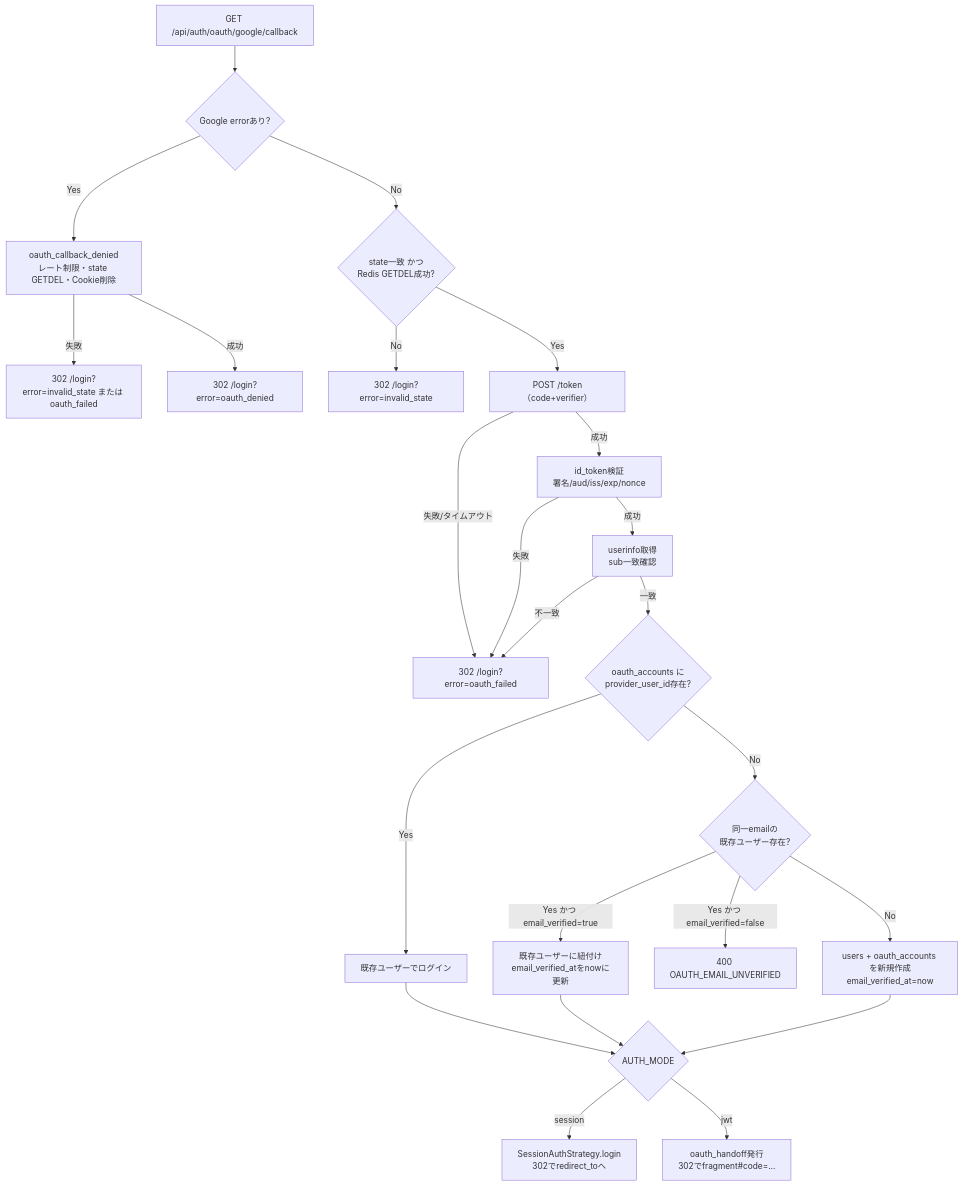
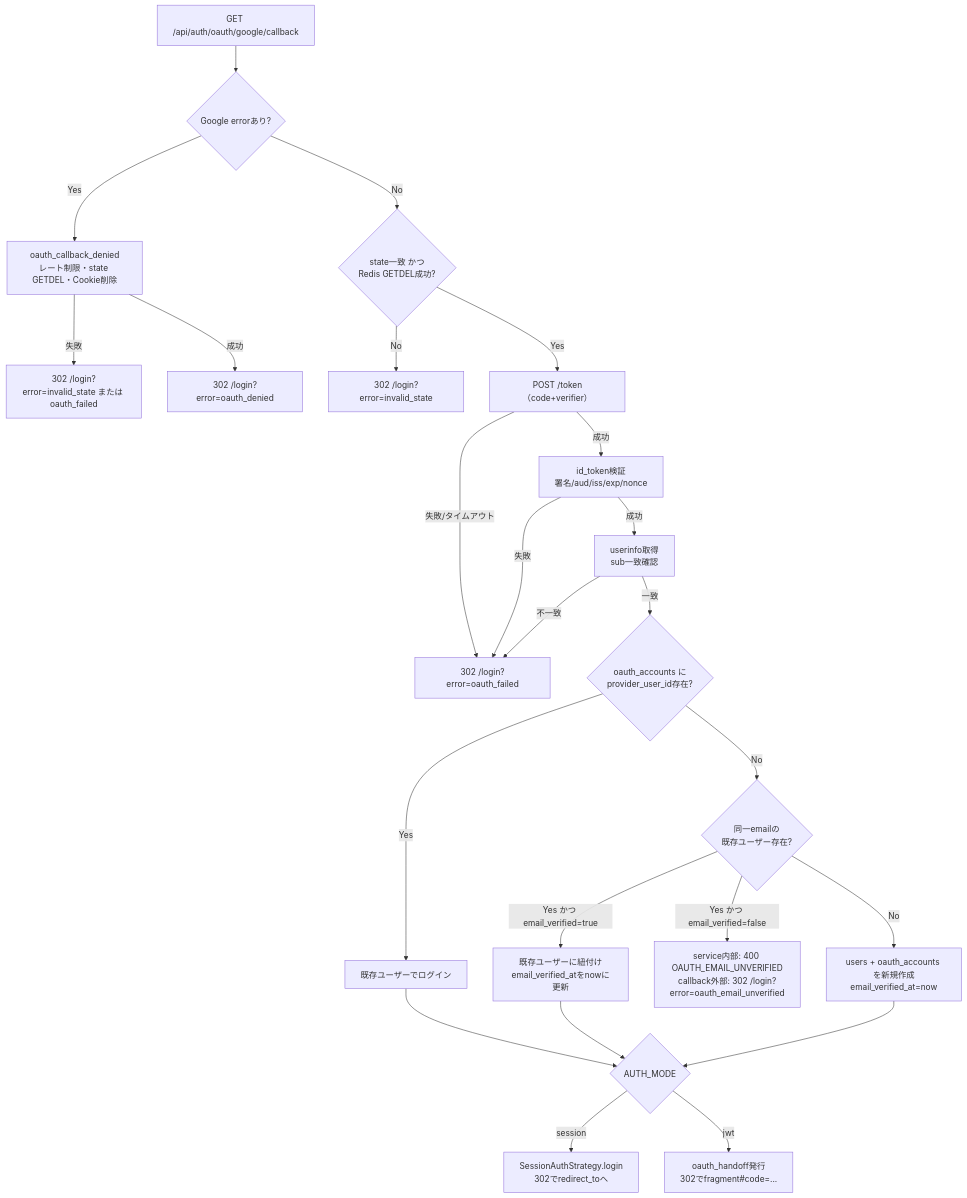
One commit to oikawa-d/task_management changed the third of 5 diagrams in docs/detailed_design/auth/04_google_oauth.md. Above: the diagram before and after it, drawn with Mermaid. The commit also changed other lines of this file and 1 other file, not shown here.

````diff
--- a/docs/detailed_design/auth/04_google_oauth.md
+++ b/docs/detailed_design/auth/04_google_oauth.md
@@ -127,26 +127,26 @@
 ```mermaid
 flowchart TB
     A["GET /api/auth/oauth/google/callback"] --> B{"Google errorあり?"}
     B -->|Yes| C["oauth_callback_denied<br/>レート制限・state GETDEL・Cookie削除"]
     C -->|失敗| Z0["302 /login?error=invalid_state または oauth_failed"]
     C -->|成功| ZD["302 /login?error=oauth_denied"]
     B -->|No| D{"state一致 かつ<br/>Redis GETDEL成功?"}
     D -->|No| Z1["302 /login?error=invalid_state"]
     D -->|Yes| E["POST /token（code+verifier）"]
     E -->|失敗/タイムアウト| Z2["302 /login?error=oauth_failed"]
     E -->|成功| F["id_token検証<br/>署名/aud/iss/exp/nonce"]
     F -->|失敗| Z2
     F -->|成功| G["userinfo取得<br/>sub一致確認"]
     G -->|不一致| Z2
     G -->|一致| H{"oauth_accounts に<br/>provider_user_id存在?"}
     H -->|Yes| I["既存ユーザーでログイン"]
     H -->|No| J{"同一emailの<br/>既存ユーザー存在?"}
     J -->|Yes かつ email_verified=true| K["既存ユーザーに紐付け<br/>email_verified_atをnowに更新"]
-    J -->|Yes かつ email_verified=false| Z3["400 OAUTH_EMAIL_UNVERIFIED"]
+    J -->|Yes かつ email_verified=false| Z3["service内部: 400 OAUTH_EMAIL_UNVERIFIED<br/>callback外部: 302 /login?error=oauth_email_unverified"]
     J -->|No| L["users + oauth_accounts を新規作成<br/>email_verified_at=now"]
     I --> M{"AUTH_MODE"}
     K --> M
     L --> M
     M -->|session| N["SessionAuthStrategy.login<br/>302でredirect_toへ"]
     M -->|jwt| O["oauth_handoff発行<br/>302でfragment#code=..."]
 ```
````
